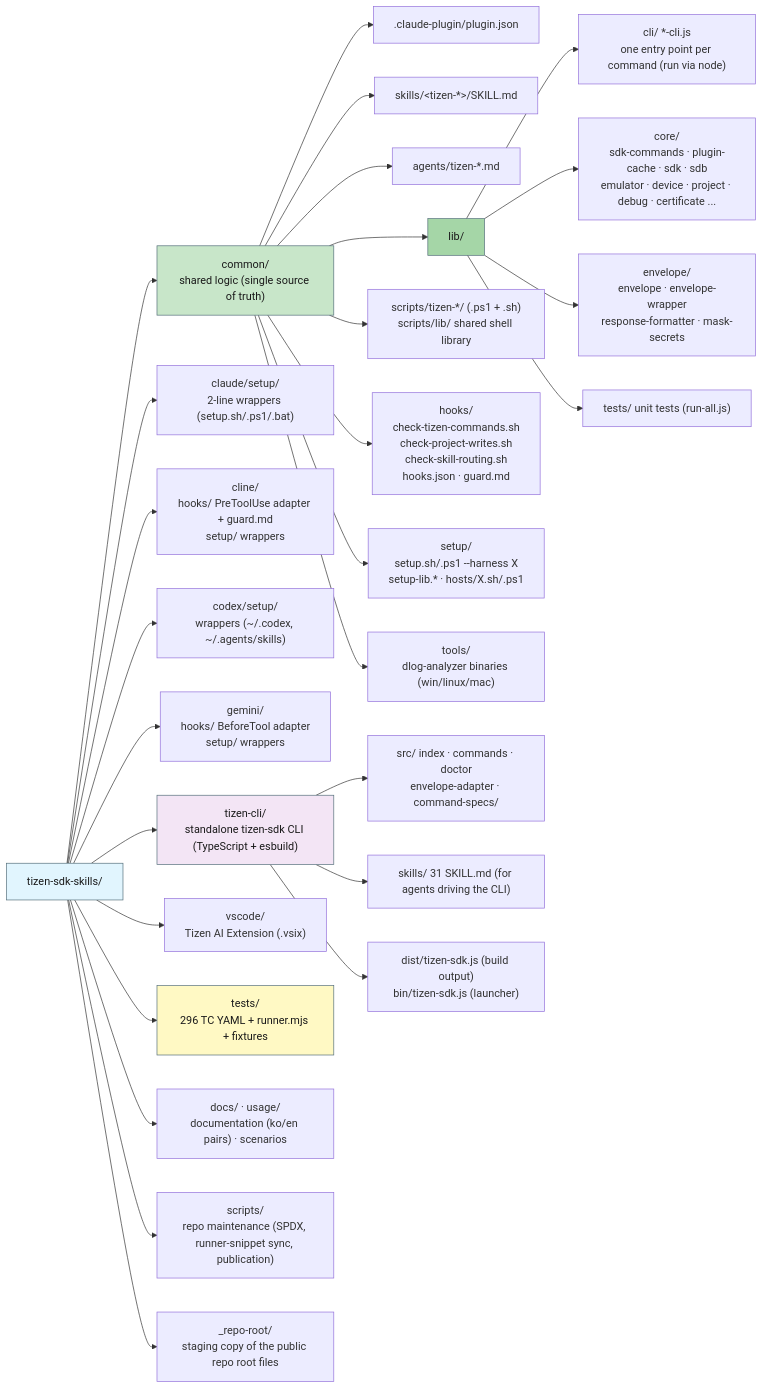
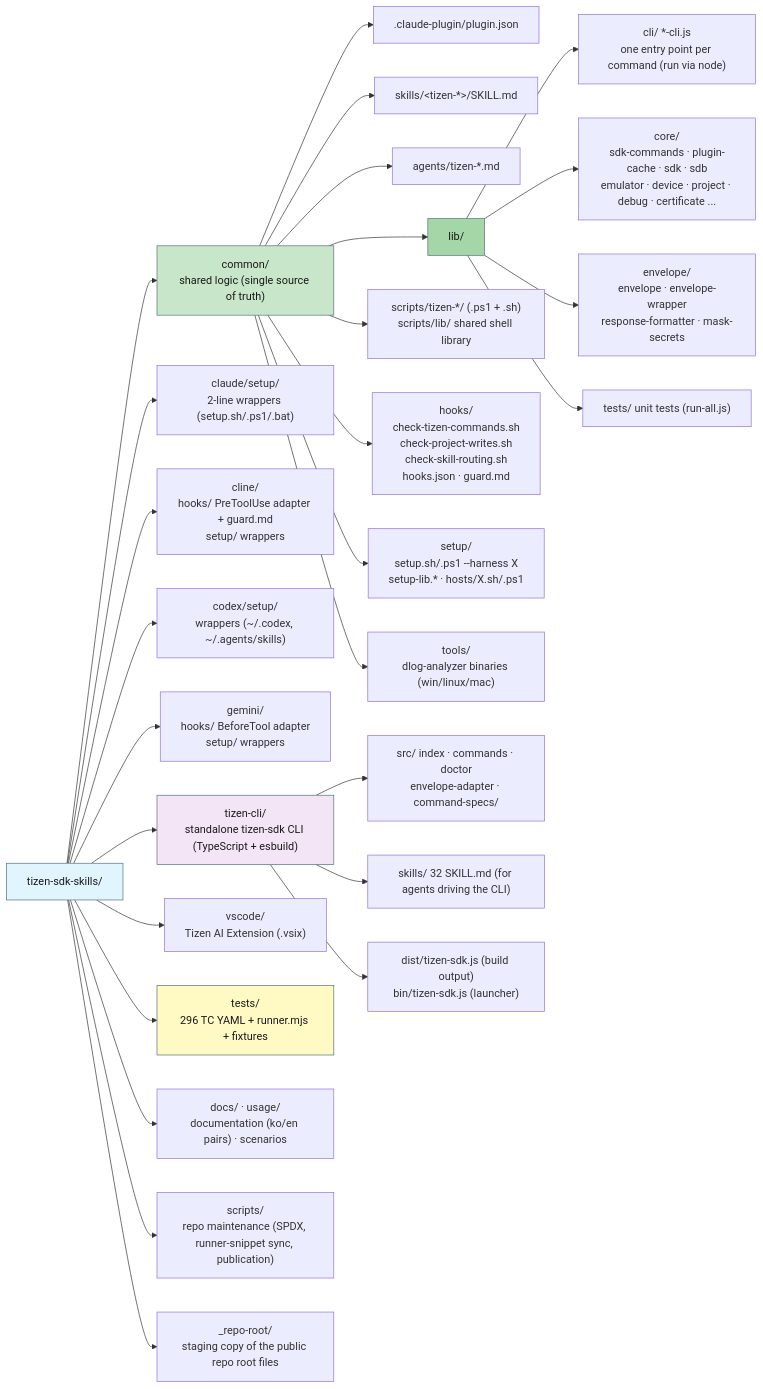
Before and after one commit to Samsung/tizen-agent-skills: the second of 10 diagrams in tizen-sdk-skills/docs/ARCHITECTURE_DIAGRAMS.en.md, drawn with Mermaid. The commit also changed 12 other files, not shown here.

````diff
--- a/tizen-sdk-skills/docs/ARCHITECTURE_DIAGRAMS.en.md
+++ b/tizen-sdk-skills/docs/ARCHITECTURE_DIAGRAMS.en.md
@@ -77,40 +77,40 @@
 ```mermaid
 graph LR
     ROOT["tizen-sdk-skills/"]
 
     ROOT --> COMMON["common/<br/>shared logic (single source of truth)"]
     ROOT --> CLAUDE["claude/setup/<br/>2-line wrappers (setup.sh/.ps1/.bat)"]
     ROOT --> CLINE["cline/<br/>hooks/ PreToolUse adapter + guard.md<br/>setup/ wrappers"]
     ROOT --> CODEX["codex/setup/<br/>wrappers (~/.codex, ~/.agents/skills)"]
     ROOT --> GEMINI["gemini/<br/>hooks/ BeforeTool adapter<br/>setup/ wrappers"]
     ROOT --> TCLI["tizen-cli/<br/>standalone tizen-sdk CLI (TypeScript + esbuild)"]
     ROOT --> VSC["vscode/<br/>Tizen AI Extension (.vsix)"]
     ROOT --> TESTS["tests/<br/>296 TC YAML + runner.mjs + fixtures"]
     ROOT --> DOCS["docs/ · usage/<br/>documentation (ko/en pairs) · scenarios"]
     ROOT --> SCR["scripts/<br/>repo maintenance (SPDX, runner-snippet sync, publication)"]
     ROOT --> REPOROOT["_repo-root/<br/>staging copy of the public repo root files"]
 
     COMMON --> C_PLUGIN[".claude-plugin/plugin.json"]
     COMMON --> C_SKILLS["skills/&lt;tizen-*&gt;/SKILL.md"]
     COMMON --> C_AGENTS["agents/tizen-*.md"]
     COMMON --> C_LIB["lib/"]
     COMMON --> C_SCRIPTS["scripts/tizen-*/ (.ps1 + .sh)<br/>scripts/lib/ shared shell library"]
     COMMON --> C_HOOKS["hooks/<br/>check-tizen-commands.sh<br/>check-project-writes.sh<br/>check-skill-routing.sh<br/>hooks.json · guard.md"]
     COMMON --> C_SETUP["setup/<br/>setup.sh/.ps1 --harness X<br/>setup-lib.* · hosts/X.sh/.ps1"]
     COMMON --> C_TOOLS["tools/<br/>dlog-analyzer binaries (win/linux/mac)"]
 
     C_LIB --> L_CLI["cli/ *-cli.js<br/>one entry point per command (run via node)"]
     C_LIB --> L_CORE["core/<br/>sdk-commands · plugin-cache · sdk · sdb<br/>emulator · device · project · debug · certificate ..."]
     C_LIB --> L_ENV["envelope/<br/>envelope · envelope-wrapper<br/>response-formatter · mask-secrets"]
     C_LIB --> L_TESTS["tests/ unit tests (run-all.js)"]
 
     TCLI --> T_SRC["src/ index · commands · doctor<br/>envelope-adapter · command-specs/"]
-    TCLI --> T_SKILLS["skills/ 31 SKILL.md (for agents driving the CLI)"]
+    TCLI --> T_SKILLS["skills/ 32 SKILL.md (for agents driving the CLI)"]
     TCLI --> T_DIST["dist/tizen-sdk.js (build output)<br/>bin/tizen-sdk.js (launcher)"]
 
     style ROOT fill:#e1f5fe,stroke:#546e7a,color:#1a1a1a
     style COMMON fill:#c8e6c9,stroke:#546e7a,color:#1a1a1a
     style C_LIB fill:#a5d6a7,stroke:#546e7a,color:#1a1a1a
     style TCLI fill:#f3e5f5,stroke:#546e7a,color:#1a1a1a
     style TESTS fill:#fff9c4,stroke:#546e7a,color:#1a1a1a
 ```
````
